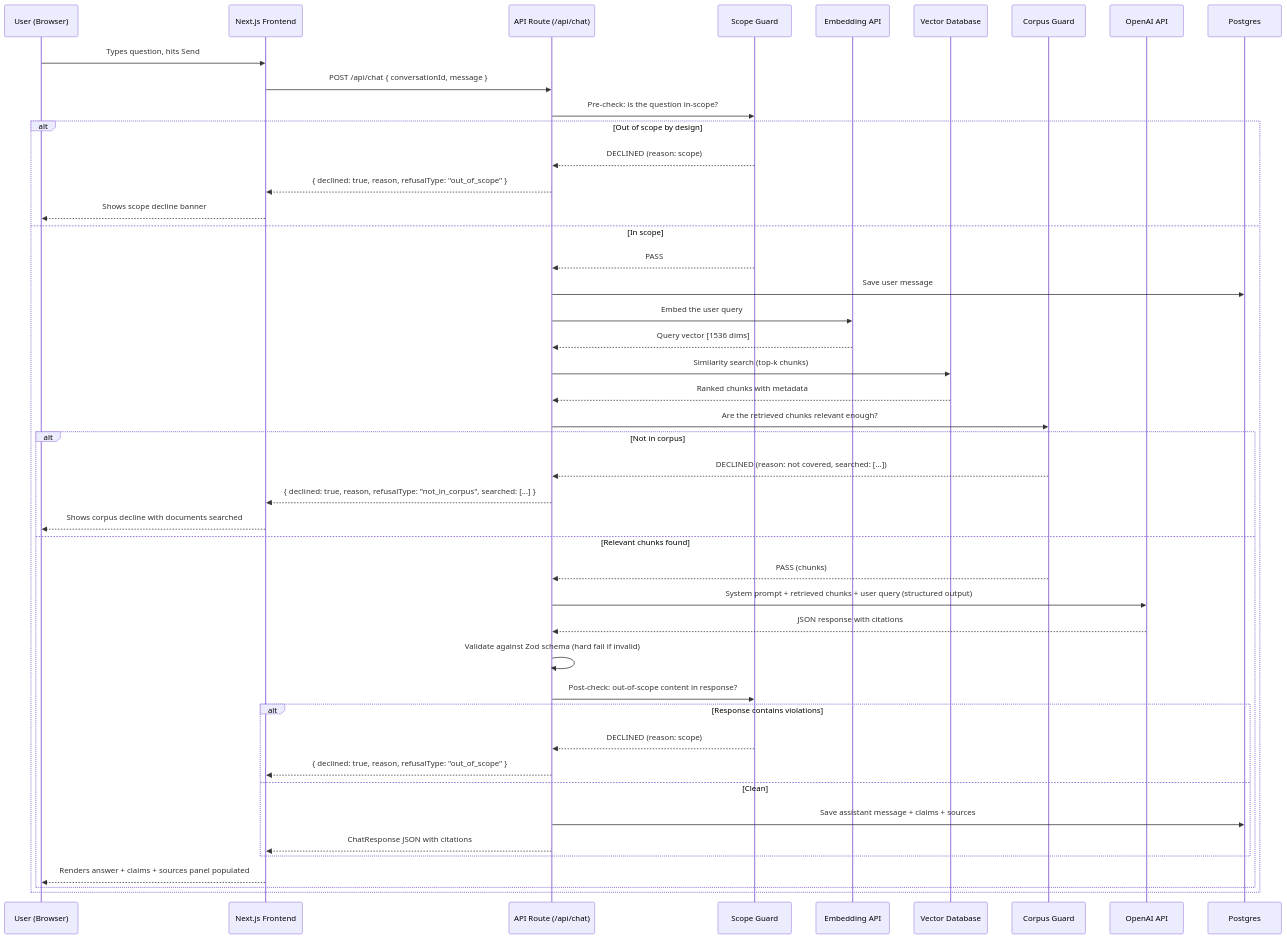
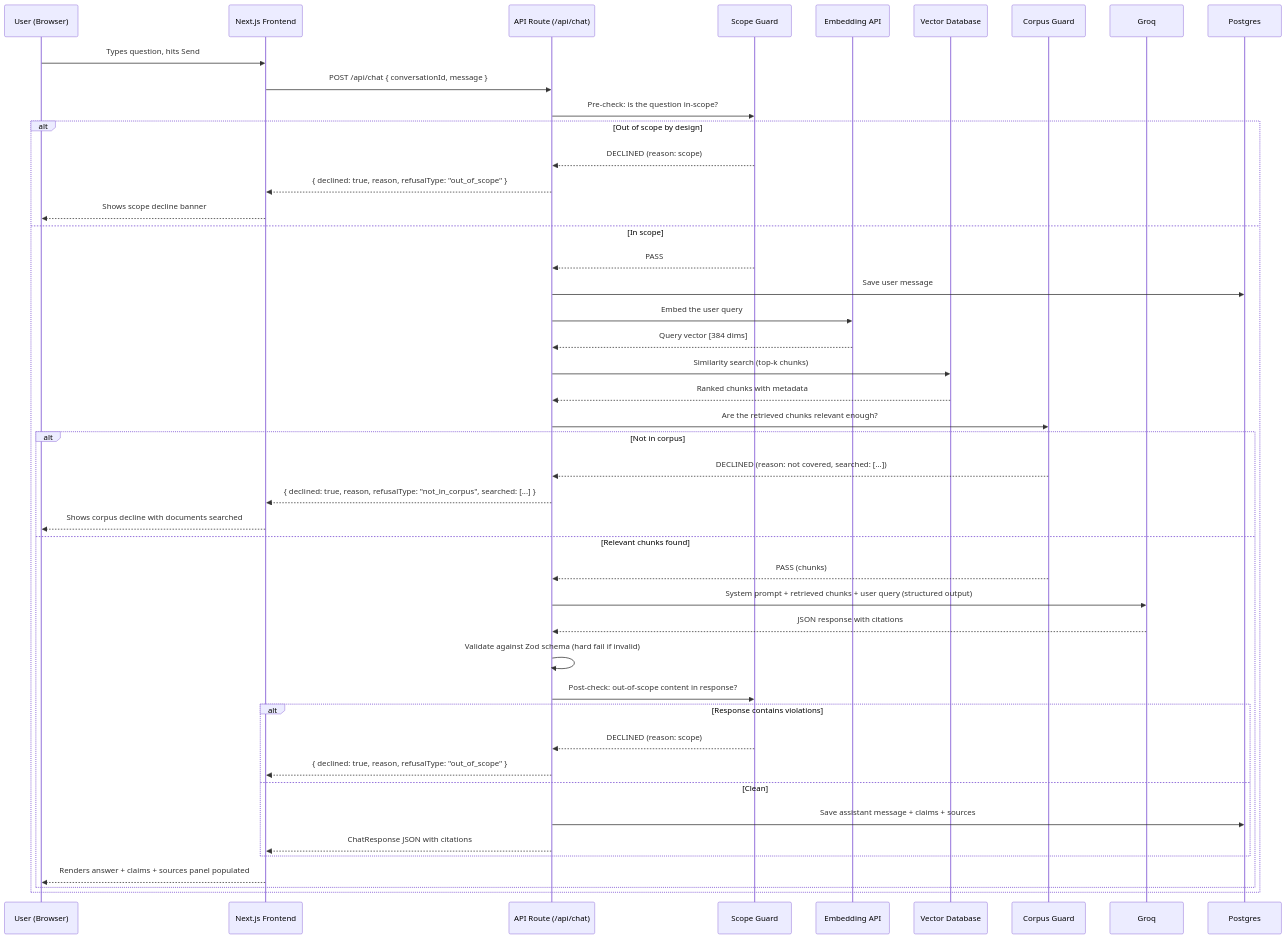
One commit to imnashraf/Nutrition-Intelligence changed the first of 5 diagrams in docs/architecture.md. Above: the diagram before and after it, drawn with Mermaid. The commit also changed other lines of this file and 14 other files, not shown here.

````diff
--- a/docs/architecture.md
+++ b/docs/architecture.md
@@ -92,48 +92,48 @@
 ```mermaid
 sequenceDiagram
     participant U as User (Browser)
     participant F as Next.js Frontend
     participant A as API Route (/api/chat)
     participant SG as Scope Guard
     participant EMB as Embedding API
     participant VDB as Vector Database
     participant CG as Corpus Guard
-    participant LLM as OpenAI API
+    participant LLM as Groq
     participant DB as Postgres
 
     U->>F: Types question, hits Send
     F->>A: POST /api/chat { conversationId, message }
     A->>SG: Pre-check: is the question in-scope?
     alt Out of scope by design
         SG-->>A: DECLINED (reason: scope)
         A-->>F: { declined: true, reason, refusalType: "out_of_scope" }
         F-->>U: Shows scope decline banner
     else In scope
         SG-->>A: PASS
         A->>DB: Save user message
         A->>EMB: Embed the user query
-        EMB-->>A: Query vector [1536 dims]
+        EMB-->>A: Query vector [384 dims]
         A->>VDB: Similarity search (top-k chunks)
         VDB-->>A: Ranked chunks with metadata
         A->>CG: Are the retrieved chunks relevant enough?
         alt Not in corpus
             CG-->>A: DECLINED (reason: not covered, searched: [...])
             A-->>F: { declined: true, reason, refusalType: "not_in_corpus", searched: [...] }
             F-->>U: Shows corpus decline with documents searched
         else Relevant chunks found
             CG-->>A: PASS (chunks)
             A->>LLM: System prompt + retrieved chunks + user query (structured output)
             LLM-->>A: JSON response with citations
             A->>A: Validate against Zod schema (hard fail if invalid)
             A->>SG: Post-check: out-of-scope content in response?
             alt Response contains violations
                 SG-->>A: DECLINED (reason: scope)
                 A-->>F: { declined: true, reason, refusalType: "out_of_scope" }
             else Clean
                 A->>DB: Save assistant message + claims + sources
                 A-->>F: ChatResponse JSON with citations
             end
             F-->>U: Renders answer + claims + sources panel populated
         end
     end
 ```
````
